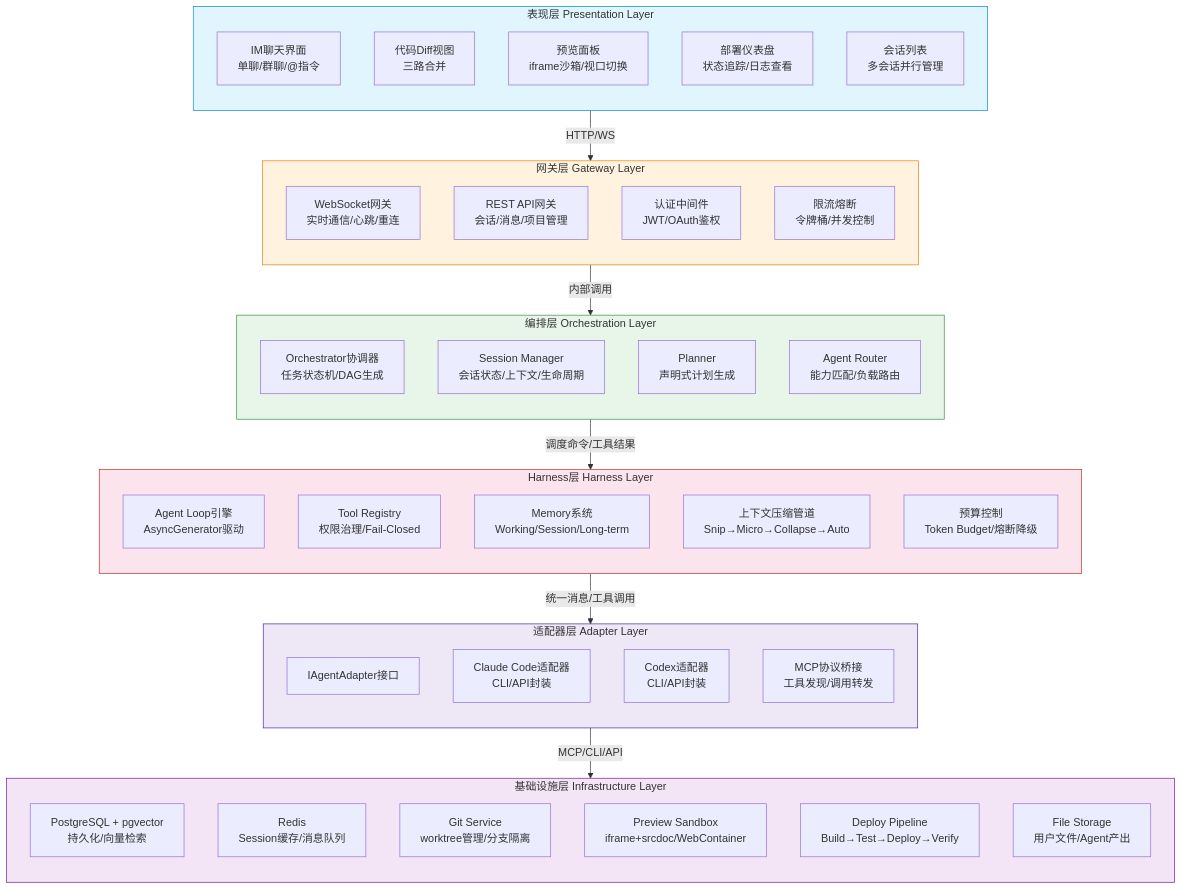
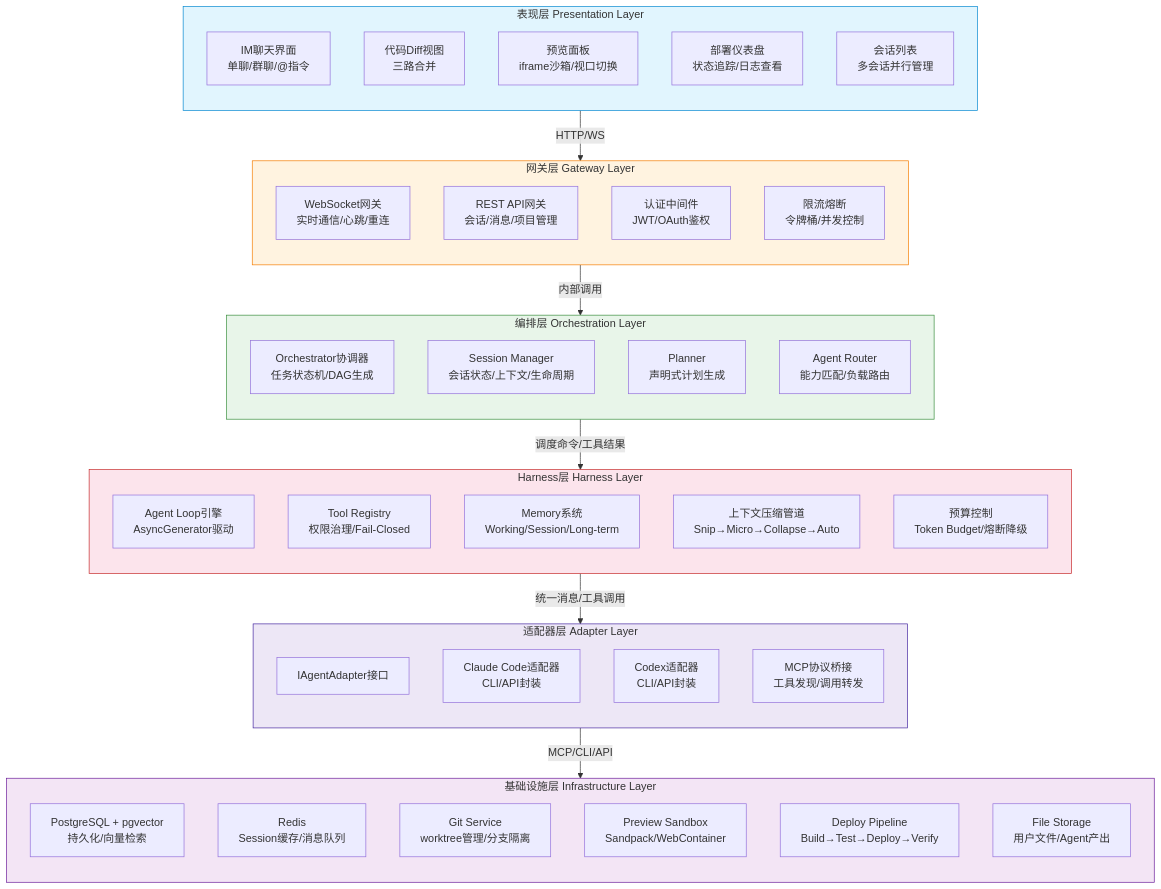
The first of 6 diagrams in docs/02-系统设计/系统架构总览.md (metrogg/AgentHub), drawn with Mermaid before and after one commit. The commit also changed other lines of this file and 4 other files, not shown here.

````diff
--- a/docs/02-系统设计/系统架构总览.md
+++ b/docs/02-系统设计/系统架构总览.md
@@ -41,67 +41,67 @@
 ```mermaid
 graph TB
     subgraph PRESENTATION["表现层 Presentation Layer"]
         direction TB
         IM_Chat["IM聊天界面<br/>单聊/群聊/@指令"]
         DiffView["代码Diff视图<br/>三路合并"]
         PreviewPanel["预览面板<br/>iframe沙箱/视口切换"]
         DeployDash["部署仪表盘<br/>状态追踪/日志查看"]
         SessionList["会话列表<br/>多会话并行管理"]
     end
 
     subgraph GATEWAY["网关层 Gateway Layer"]
         direction TB
         WS_GW["WebSocket网关<br/>实时通信/心跳/重连"]
         REST_GW["REST API网关<br/>会话/消息/项目管理"]
         Auth_MW["认证中间件<br/>JWT/OAuth鉴权"]
         RateLimit["限流熔断<br/>令牌桶/并发控制"]
     end
 
     subgraph ORCHESTRATOR["编排层 Orchestration Layer"]
         direction TB
         Orchestrator["Orchestrator协调器<br/>任务状态机/DAG生成"]
         SessionMgr["Session Manager<br/>会话状态/上下文/生命周期"]
         Planner["Planner<br/>声明式计划生成"]
         Router["Agent Router<br/>能力匹配/负载路由"]
     end
 
     subgraph HARNESS["Harness层 Harness Layer"]
         direction TB
         AgentLoop["Agent Loop引擎<br/>AsyncGenerator驱动"]
         ToolRegistry["Tool Registry<br/>权限治理/Fail-Closed"]
         Memory["Memory系统<br/>Working/Session/Long-term"]
         ContextPipe["上下文压缩管道<br/>Snip→Micro→Collapse→Auto"]
         BudgetCtrl["预算控制<br/>Token Budget/熔断降级"]
     end
 
     subgraph ADAPTER["适配器层 Adapter Layer"]
         direction TB
         AdapterIF["IAgentAdapter接口"]
         ClaudeAdapter["Claude Code适配器<br/>CLI/API封装"]
         CodexAdapter["Codex适配器<br/>CLI/API封装"]
         MCPBridge["MCP协议桥接<br/>工具发现/调用转发"]
     end
 
     subgraph INFRA["基础设施层 Infrastructure Layer"]
         direction TB
         PostgreSQL["PostgreSQL + pgvector<br/>持久化/向量检索"]
         Redis["Redis<br/>Session缓存/消息队列"]
         GitService["Git Service<br/>worktree管理/分支隔离"]
-        PreviewSB["Preview Sandbox<br/>iframe+srcdoc/WebContainer"]
+        PreviewSB["Preview Sandbox<br/>Sandpack/WebContainer"]
         DeployPL["Deploy Pipeline<br/>Build→Test→Deploy→Verify"]
         FileStore["File Storage<br/>用户文件/Agent产出"]
     end
 
     PRESENTATION -->|"HTTP/WS"| GATEWAY
     GATEWAY -->|"内部调用"| ORCHESTRATOR
     ORCHESTRATOR -->|"调度命令/工具结果"| HARNESS
     HARNESS -->|"统一消息/工具调用"| ADAPTER
     ADAPTER -->|"MCP/CLI/API"| INFRA
 
     style PRESENTATION fill:#e1f5fe,stroke:#0288d1
     style GATEWAY fill:#fff3e0,stroke:#f57c00
     style ORCHESTRATOR fill:#e8f5e9,stroke:#388e3c
     style HARNESS fill:#fce4ec,stroke:#c62828
     style ADAPTER fill:#ede7f6,stroke:#4527a0
     style INFRA fill:#f3e5f5,stroke:#6a1b9a
 ```
````
